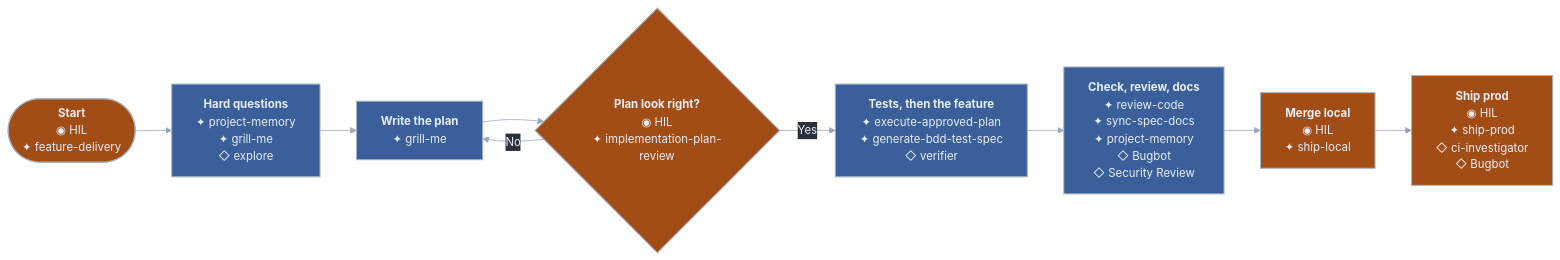
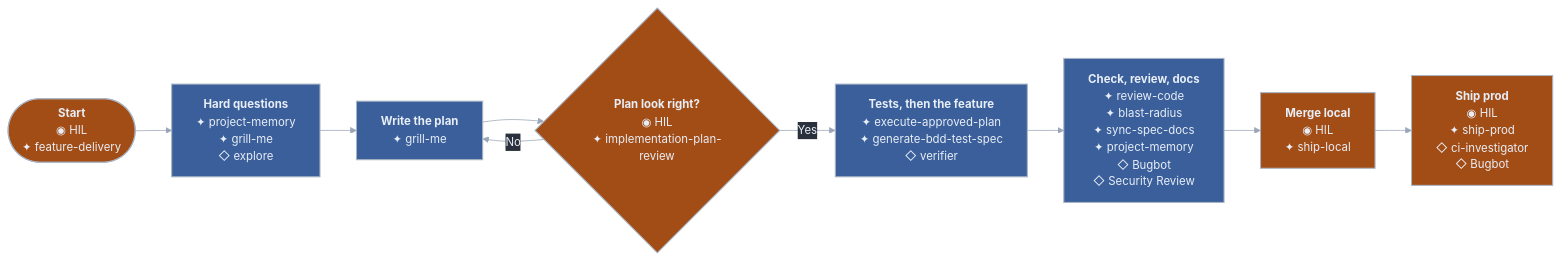
Before and after one commit to RaphaelBecker/cursor-harness: the fifth of 14 diagrams in README.md, drawn with Mermaid. The commit also changed other lines of this file and 55 other files, not shown here.

````diff
--- a/README.md
+++ b/README.md
@@ -288,22 +320,22 @@
 ```mermaid
 %%{init: {"theme":"base","themeVariables":{"darkMode":true,"fontFamily":"ui-sans-serif, system-ui, -apple-system, Segoe UI, sans-serif","fontSize":"15px","background":"#2B313C","lineColor":"#9AA6B8","textColor":"#9AA6B8","primaryTextColor":"#E8EEF7","edgeLabelBackground":"#2B313C"},"flowchart":{"curve":"basis","htmlLabels":true,"nodeSpacing":31,"rankSpacing":48,"padding":16,"useMaxWidth":true}}}%%
 flowchart LR
   A(["<b>Start</b><br/>◉ HIL<br/>✦ feature-delivery"])
   B["<b>Hard questions</b><br/>✦ project-memory<br/>✦ grill-me<br/>◇ explore"]
   C["<b>Write the plan</b><br/>✦ grill-me"]
   D{"<b>Plan look right?</b><br/>◉ HIL<br/>✦ implementation-plan-review"}
   E["<b>Tests, then the feature</b><br/>✦ execute-approved-plan<br/>✦ generate-bdd-test-spec<br/>◇ verifier"]
-  F["<b>Check, review, docs</b><br/>✦ review-code<br/>✦ sync-spec-docs<br/>✦ project-memory<br/>◇ Bugbot<br/>◇ Security Review"]
+  F["<b>Check, review, docs</b><br/>✦ review-code<br/>✦ blast-radius<br/>✦ sync-spec-docs<br/>✦ project-memory<br/>◇ Bugbot<br/>◇ Security Review"]
   G["<b>Merge local</b><br/>◉ HIL<br/>✦ ship-local"]
   H["<b>Ship prod</b><br/>◉ HIL<br/>✦ ship-prod<br/>◇ ci-investigator<br/>◇ Bugbot"]
 
   A --> B --> C --> D
   D -->|No| C
   D -->|Yes| E --> F --> G --> H
 
   classDef skill fill:#3A5F9A,stroke:#A8B4C4,stroke-width:1.4px,color:#E8EEF7
   classDef hil fill:#A34D16,stroke:#A8B4C4,stroke-width:1.4px,color:#E8EEF7
   classDef done fill:#2A6B5C,stroke:#A8B4C4,stroke-width:1.4px,color:#E8EEF7
   class A,D,G,H hil
   class B,C,E,F skill
 ```
````
